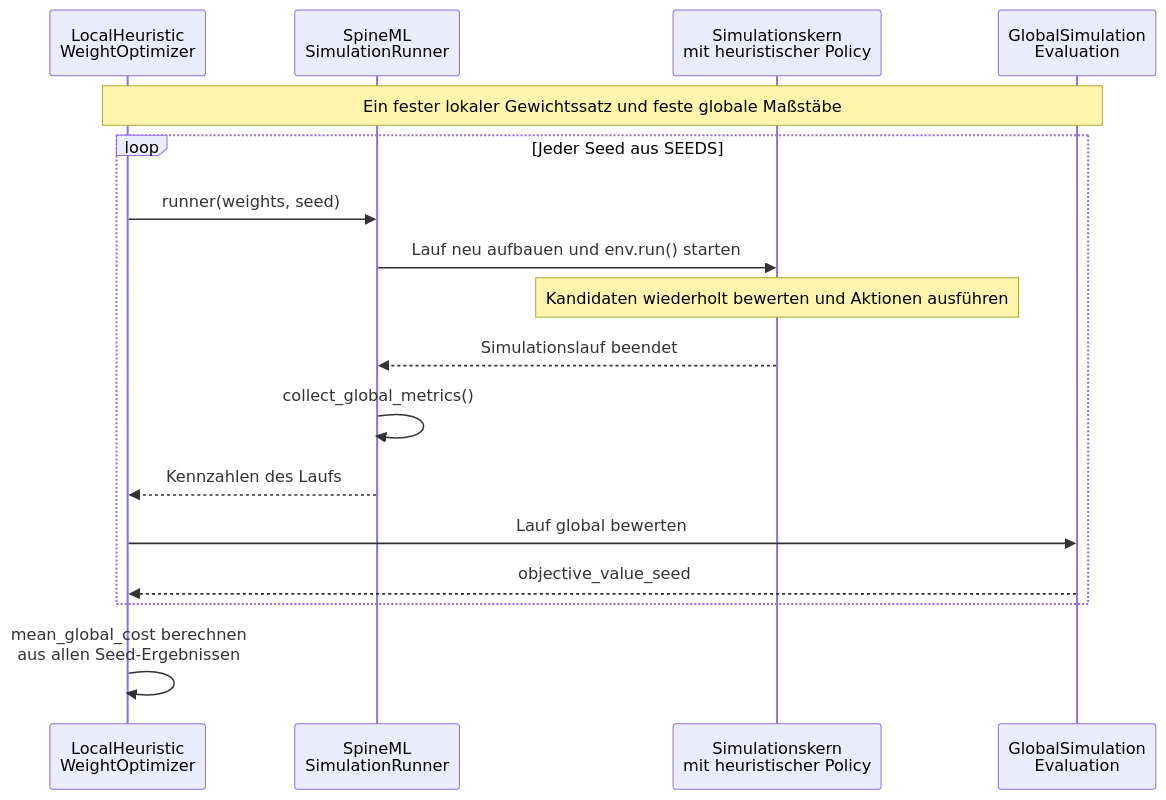
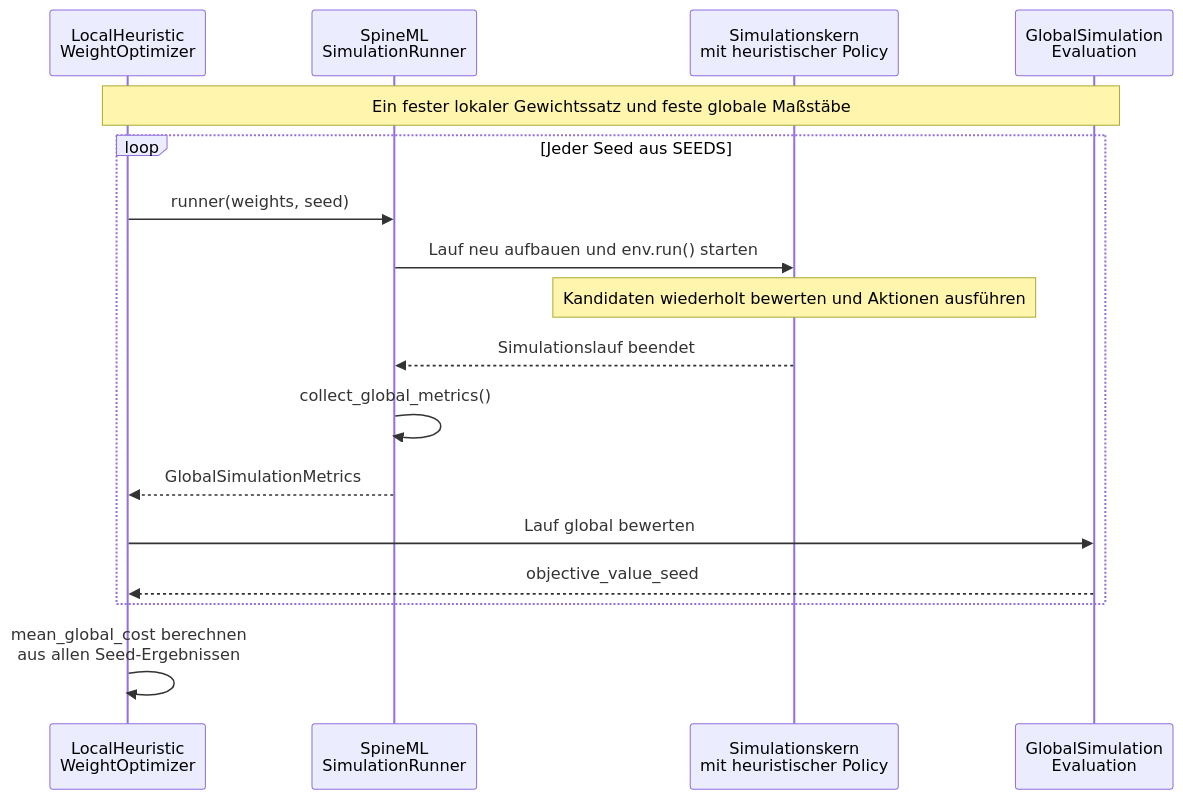
One commit to ghackenberg/SpineML changed diagram 14 of 14 in README.md. Above: the diagram before and after it, drawn with Mermaid. The commit also changed other lines of this file, not shown here.

````diff
--- a/README.md
+++ b/README.md
@@ -2079,20 +2239,20 @@
 ```mermaid
 sequenceDiagram
     participant Optimizer as LocalHeuristic<br/>WeightOptimizer
     participant Runner as SpineML<br/>SimulationRunner
     participant Sim as Simulationskern<br/>mit heuristischer Policy
     participant Evaluation as GlobalSimulation<br/>Evaluation
 
     Note over Optimizer,Evaluation: Ein fester lokaler Gewichtssatz und feste globale Maßstäbe
     loop Jeder Seed aus SEEDS
         Optimizer->>Runner: runner(weights, seed)
         Runner->>Sim: Lauf neu aufbauen und env.run() starten
         Note over Sim: Kandidaten wiederholt bewerten und Aktionen ausführen
         Sim-->>Runner: Simulationslauf beendet
         Runner->>Runner: collect_global_metrics()
-        Runner-->>Optimizer: Kennzahlen des Laufs
+        Runner-->>Optimizer: GlobalSimulationMetrics
         Optimizer->>Evaluation: Lauf global bewerten
         Evaluation-->>Optimizer: objective_value_seed
     end
     Optimizer->>Optimizer: mean_global_cost berechnen<br/>aus allen Seed-Ergebnissen
 ```
````
